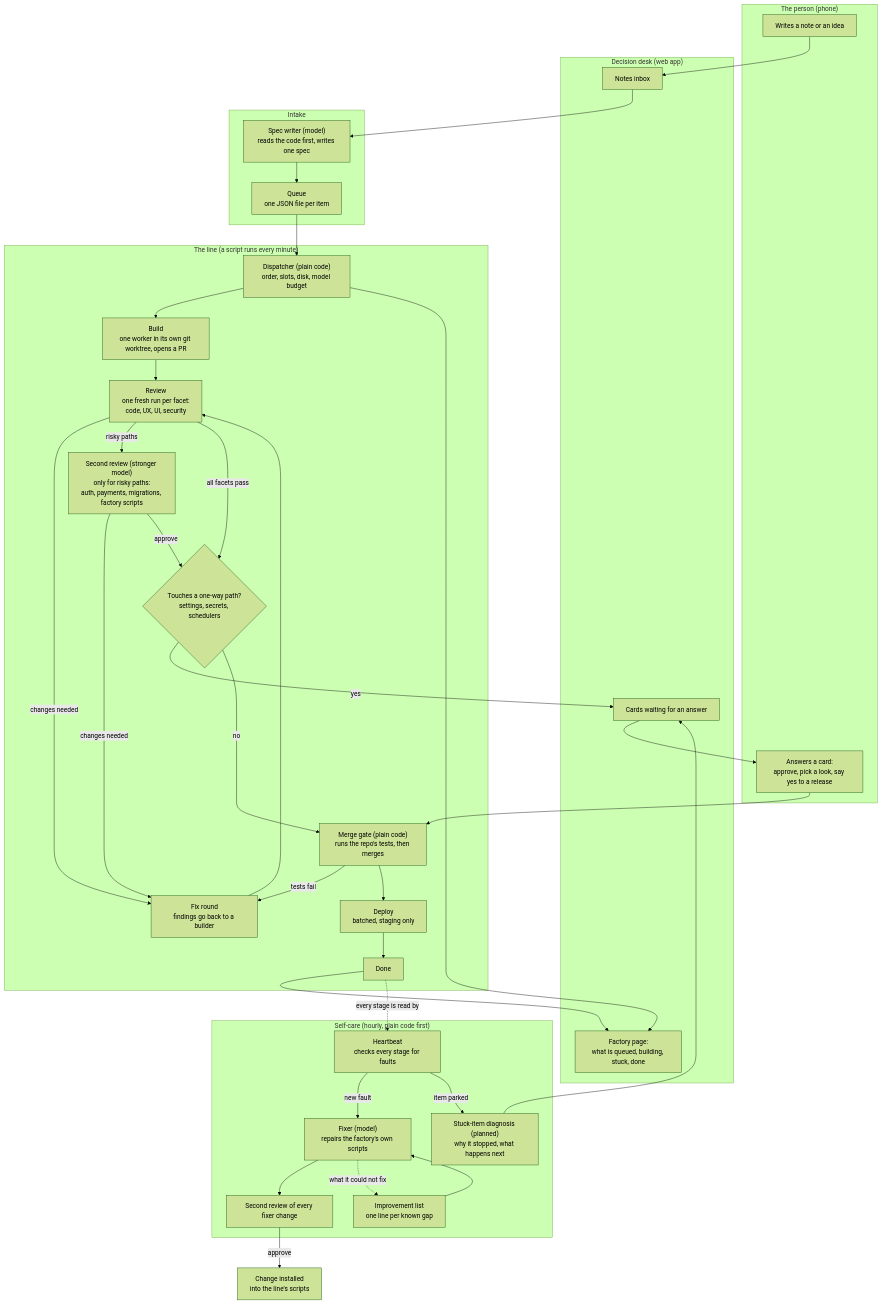
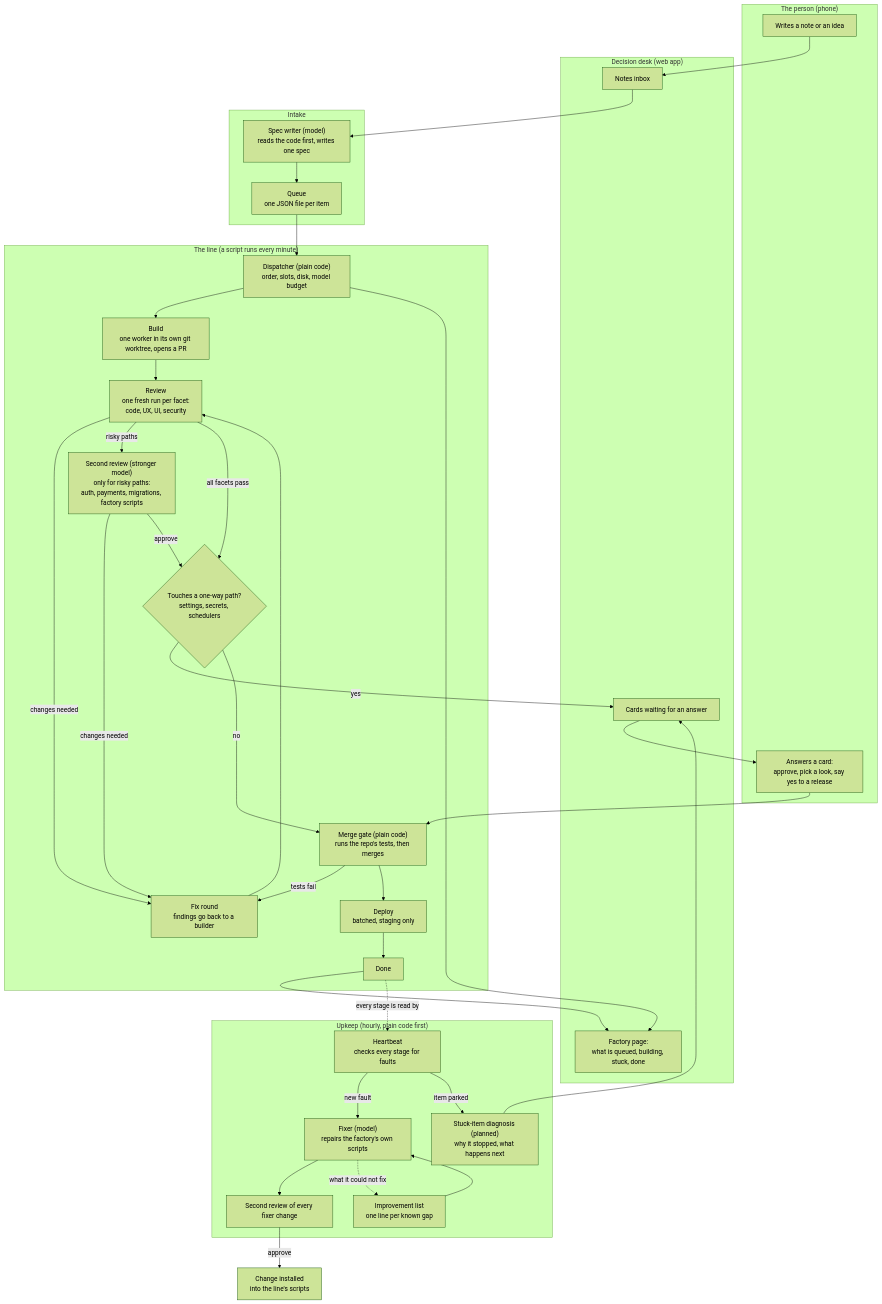
Before and after one commit to 80sFauxstalgia/software-factory-flow: the diagram in README.md, drawn with Mermaid (forest theme). The commit also changed other lines of this file, not shown here.

Commit message:
Plain-words pass on the page text

````diff
--- a/README.md
+++ b/README.md
@@ -8,57 +8,57 @@
 ```mermaid
 flowchart TD
   subgraph PERSON["The person (phone)"]
     NOTE["Writes a note or an idea"]
     CARD["Answers a card:<br/>approve, pick a look, say yes to a release"]
   end
 
   subgraph DESK["Decision desk (web app)"]
     INBOX["Notes inbox"]
     CARDS["Cards waiting for an answer"]
     FEED["Factory page:<br/>what is queued, building, stuck, done"]
   end
 
   subgraph INTAKE["Intake"]
     SPEC["Spec writer (model)<br/>reads the code first, writes one spec"]
     QUEUE["Queue<br/>one JSON file per item"]
   end
 
   subgraph LINE["The line (a script runs every minute)"]
     PICK["Dispatcher (plain code)<br/>order, slots, disk, model budget"]
     BUILD["Build<br/>one worker in its own git worktree, opens a PR"]
     REVIEW["Review<br/>one fresh run per facet:<br/>code, UX, UI, security"]
     VETO["Second review (stronger model)<br/>only for risky paths:<br/>auth, payments, migrations, factory scripts"]
     FIX["Fix round<br/>findings go back to a builder"]
     ONEWAY{"Touches a one-way path?<br/>settings, secrets, schedulers"}
     GATE["Merge gate (plain code)<br/>runs the repo's tests, then merges"]
     DEPLOY["Deploy<br/>batched, staging only"]
     DONE["Done"]
   end
 
-  subgraph CARE["Self-care (hourly, plain code first)"]
+  subgraph CARE["Upkeep (hourly, plain code first)"]
     BEAT["Heartbeat<br/>checks every stage for faults"]
     FIXER["Fixer (model)<br/>repairs the factory's own scripts"]
     FIXREV["Second review of every fixer change"]
     LIST["Improvement list<br/>one line per known gap"]
     DIAG["Stuck-item diagnosis (planned)<br/>why it stopped, what happens next"]
   end
 
   NOTE --> INBOX --> SPEC --> QUEUE --> PICK --> BUILD --> REVIEW
   REVIEW -- "changes needed" --> FIX --> REVIEW
   REVIEW -- "risky paths" --> VETO
   VETO -- "changes needed" --> FIX
   REVIEW -- "all facets pass" --> ONEWAY
   VETO -- "approve" --> ONEWAY
   ONEWAY -- "yes" --> CARDS --> CARD --> GATE
   ONEWAY -- "no" --> GATE
   GATE -- "tests fail" --> FIX
   GATE --> DEPLOY --> DONE
   DONE --> FEED
   PICK --> FEED
 
   DONE -. "every stage is read by" .-> BEAT
   BEAT -- "new fault" --> FIXER --> FIXREV -- "approve" --> INSTALL["Change installed<br/>into the line's scripts"]
   LIST --> FIXER
   BEAT -- "item parked" --> DIAG --> CARDS
   FIXER -. "what it could not fix" .-> LIST
 ```
````
